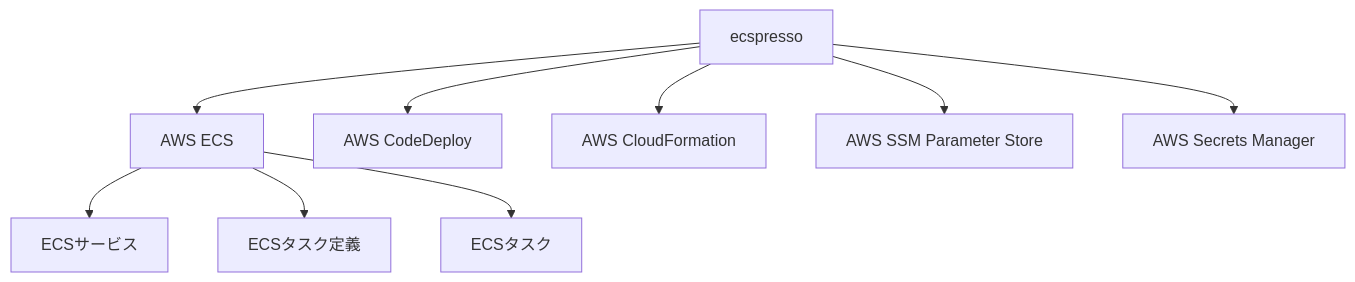
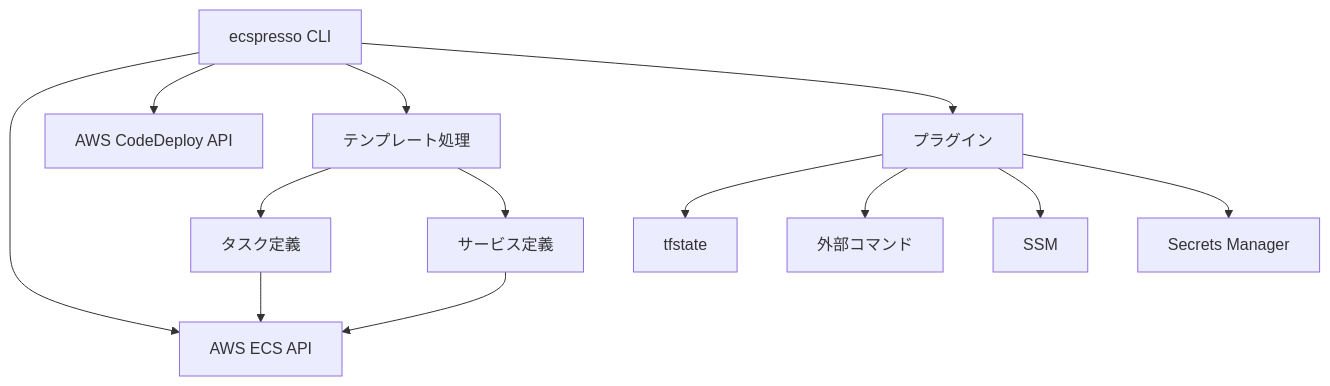
The diagram in ecspresso/introduction/about.md (bufferings/devin-docs), drawn with Mermaid before and after one commit. The commit also changed other lines of this file and 31 other files, not shown here.

````diff
--- a/ecspresso/introduction/about.md
+++ b/ecspresso/introduction/about.md
@@ -23,11 +24,15 @@
 ```mermaid
 graph TD
-    A[ecspresso] --> B[AWS ECS]
-    A --> C[AWS CodeDeploy]
-    A --> D[AWS CloudFormation]
-    A --> E[AWS SSM Parameter Store]
-    A --> F[AWS Secrets Manager]
-    B --> G[ECSサービス]
-    B --> H[ECSタスク定義]
-    B --> I[ECSタスク]
+  A[ecspresso CLI] --> B[AWS ECS API]
+  A --> C[AWS CodeDeploy API]
+  A --> D[テンプレート処理]
+  D --> E[タスク定義]
+  D --> F[サービス定義]
+  E --> B
+  F --> B
+  A --> G[プラグイン]
+  G --> H[tfstate]
+  G --> I[外部コマンド]
+  G --> J[SSM]
+  G --> K[Secrets Manager]
 ```
````
